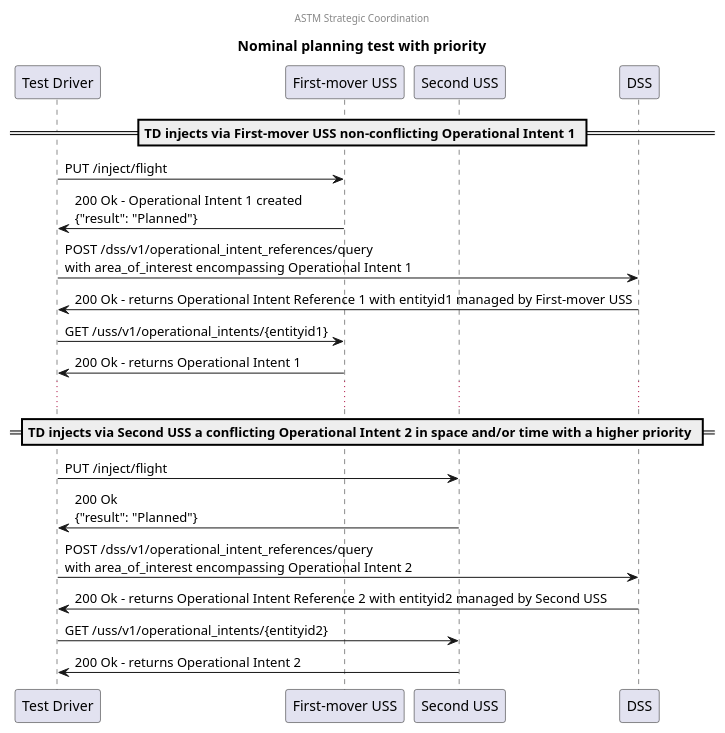
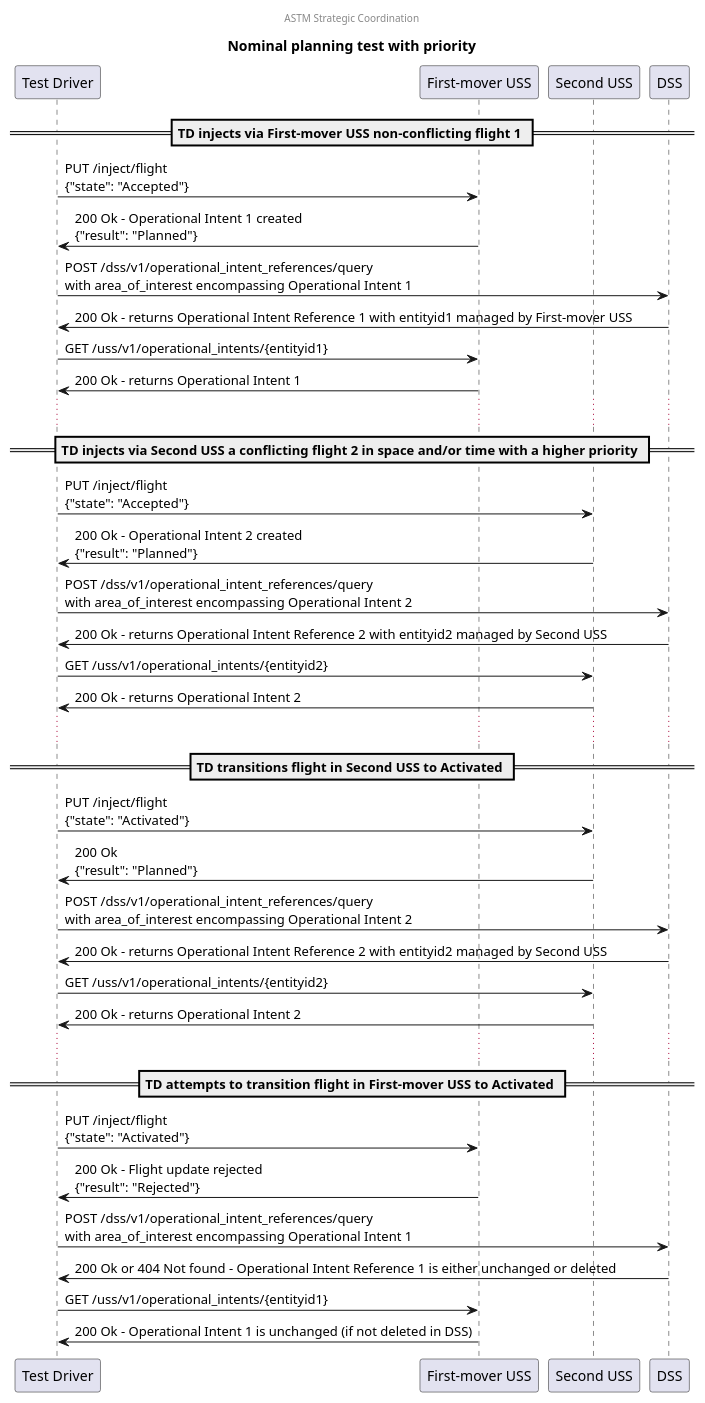
Before and after one commit to interuss/dss: the diagram in interfaces/automated-testing/scd/design/astm-strategic-coordination/nominal-planning-priority/sequence.plantuml, drawn with PlantUML. The commit also changed 1 other file, not shown here.

```diff
--- a/interfaces/automated-testing/scd/design/astm-strategic-coordination/nominal-planning-priority/sequence.plantuml
+++ b/interfaces/automated-testing/scd/design/astm-strategic-coordination/nominal-planning-priority/sequence.plantuml
@@ -1,34 +1,60 @@
 @startuml
 center header ASTM Strategic Coordination
 title Nominal planning test with priority
 
 participant "Test Driver" as TD
 participant "First-mover USS" as USS1
 participant "Second USS" as USS2
 participant "DSS"
 
-== TD injects via First-mover USS non-conflicting Operational Intent 1 ==
+== TD injects via First-mover USS non-conflicting flight 1 ==
 
-TD -> USS1: PUT /inject/flight
+TD -> USS1: PUT /inject/flight\n{"state": "Accepted"}
 TD <- USS1: 200 Ok - Operational Intent 1 created\n{"result": "Planned"}
 
 TD -> DSS: POST /dss/v1/operational_intent_references/query\nwith area_of_interest encompassing Operational Intent 1
 TD <- DSS: 200 Ok - returns Operational Intent Reference 1 with entityid1 managed by First-mover USS
 
 TD -> USS1: GET /uss/v1/operational_intents/{entityid1}
 TD <- USS1: 200 Ok - returns Operational Intent 1
 
 ...
 
-== TD injects via Second USS a conflicting Operational Intent 2 in space and/or time with a higher priority ==
+== TD injects via Second USS a conflicting flight 2 in space and/or time with a higher priority ==
 
-TD -> USS2: PUT /inject/flight
+TD -> USS2: PUT /inject/flight\n{"state": "Accepted"}
+TD <- USS2: 200 Ok - Operational Intent 2 created\n{"result": "Planned"}
+
+TD -> DSS: POST /dss/v1/operational_intent_references/query\nwith area_of_interest encompassing Operational Intent 2
+TD <- DSS: 200 Ok - returns Operational Intent Reference 2 with entityid2 managed by Second USS
+
+TD -> USS2: GET /uss/v1/operational_intents/{entityid2}
+TD <- USS2: 200 Ok - returns Operational Intent 2
+
+...
+
+== TD transitions flight in Second USS to Activated ==
+
+TD -> USS2: PUT /inject/flight\n{"state": "Activated"}
 TD <- USS2: 200 Ok\n{"result": "Planned"}
 
 TD -> DSS: POST /dss/v1/operational_intent_references/query\nwith area_of_interest encompassing Operational Intent 2
 TD <- DSS: 200 Ok - returns Operational Intent Reference 2 with entityid2 managed by Second USS
 
 TD -> USS2: GET /uss/v1/operational_intents/{entityid2}
 TD <- USS2: 200 Ok - returns Operational Intent 2
 
+...
+
+== TD attempts to transition flight in First-mover USS to Activated ==
+
+TD -> USS1: PUT /inject/flight\n{"state": "Activated"}
+TD <- USS1: 200 Ok - Flight update rejected\n{"result": "Rejected"}
+
+TD -> DSS: POST /dss/v1/operational_intent_references/query\nwith area_of_interest encompassing Operational Intent 1
+TD <- DSS: 200 Ok or 404 Not found - Operational Intent Reference 1 is either unchanged or deleted
+
+TD -> USS1: GET /uss/v1/operational_intents/{entityid1}
+TD <- USS1: 200 Ok - Operational Intent 1 is unchanged (if not deleted in DSS)
+
 @enduml
```
